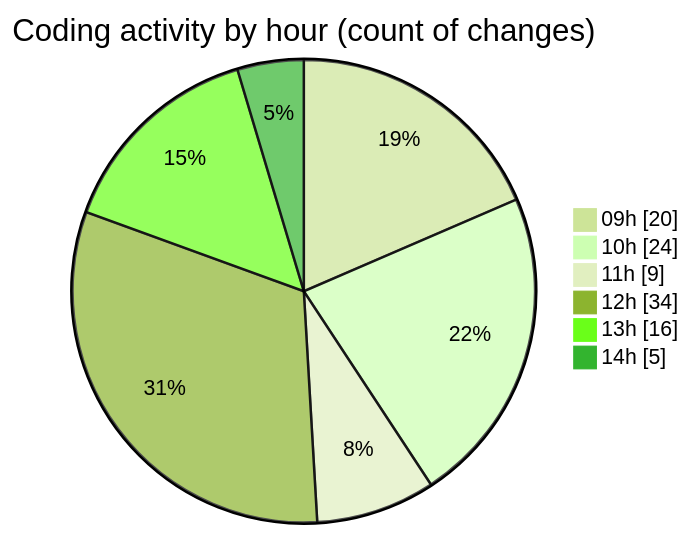
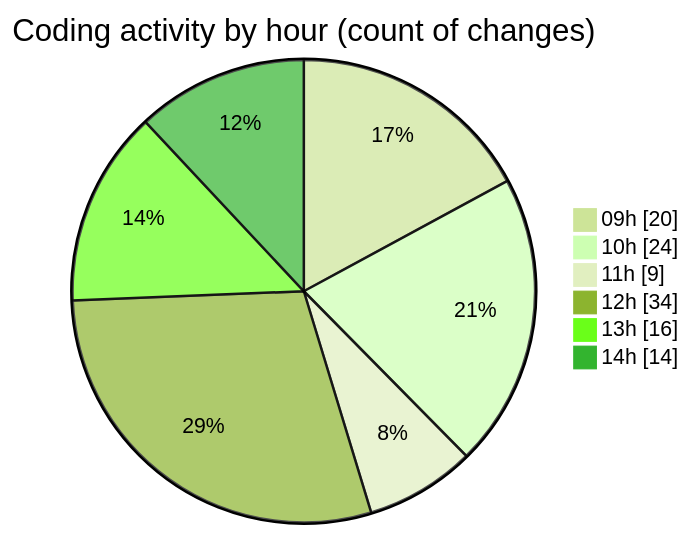
Before and after one commit to momahboobian/code-tracking: the second of 2 diagrams in 2025-05-19/cda/README.md, drawn with Mermaid (forest theme). The commit also changed other lines of this file and 1 other file, not shown here.

````diff
--- a/2025-05-19/cda/README.md
+++ b/2025-05-19/cda/README.md
@@ -46,10 +49,10 @@
 ```mermaid
 pie showData
 title Coding activity by hour (count of changes)
 "09h" : 20
 "10h" : 24
 "11h" : 9
 "12h" : 34
 "13h" : 16
-"14h" : 5
+"14h" : 14
 ```
````
